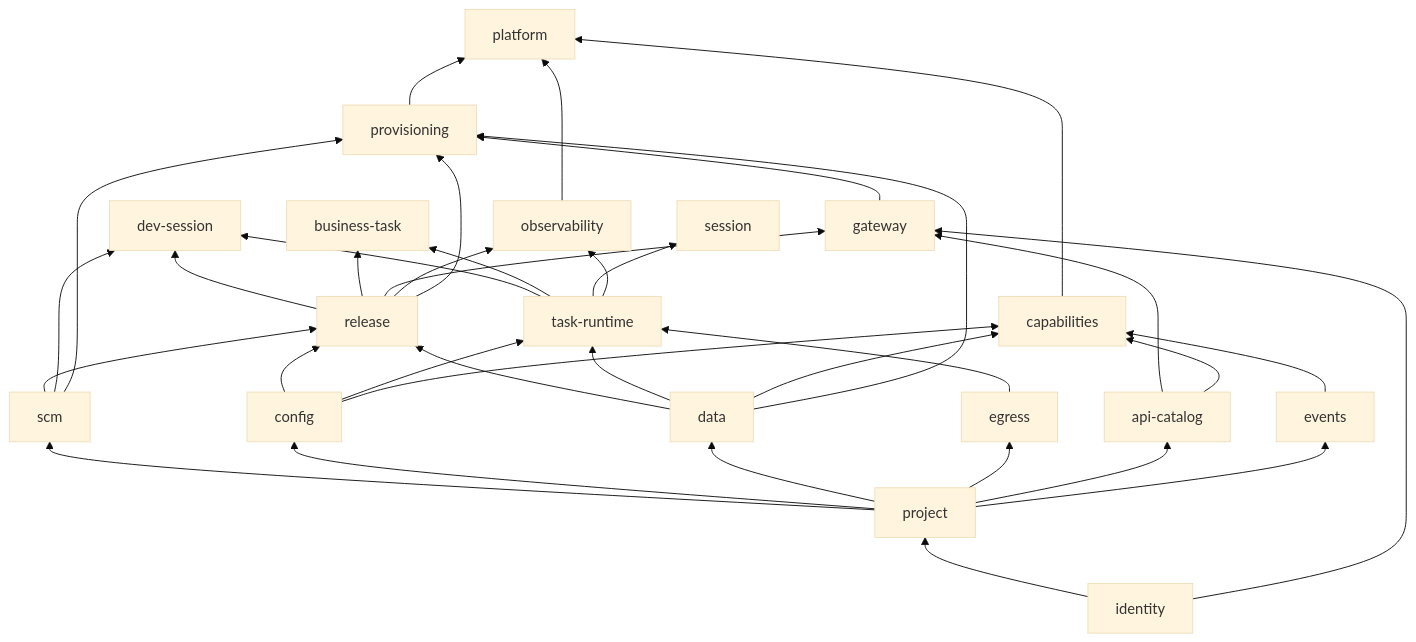
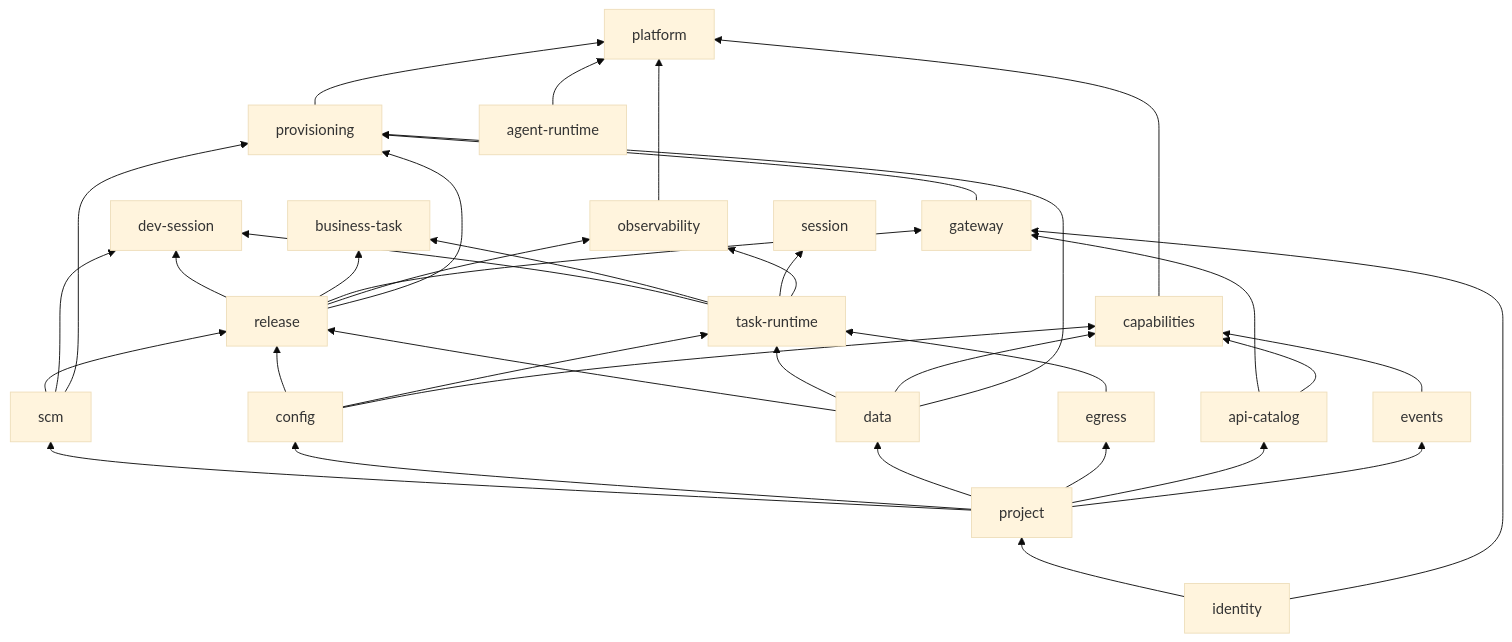
The diagram in docs/engineering/repository-structure.md (wangbinquan/CrewStation), drawn with Mermaid (base theme) before and after one commit. The commit also changed other lines of this file and 190 other files, not shown here.

First line of the commit message:
feat(agent-runtime): land RFC-004 administrator runtime environments and before-start hooks

````diff
--- a/docs/engineering/repository-structure.md
+++ b/docs/engineering/repository-structure.md
@@ -211,15 +212,16 @@
 ```mermaid
 flowchart BT
   identity --> project
   project --> scm & config & data & egress & api-catalog & events
   scm & config & data --> release
   config & data & egress --> task-runtime
   task-runtime & release & scm --> dev-session
   task-runtime & release --> business-task
   task-runtime --> session
   identity & release & api-catalog --> gateway
   release & task-runtime --> observability
   api-catalog & events & data & config --> capabilities
   scm & data & gateway & release --> provisioning
+  agent-runtime --> platform
   observability & capabilities & provisioning --> platform
 ```
````
